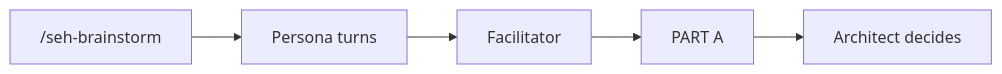
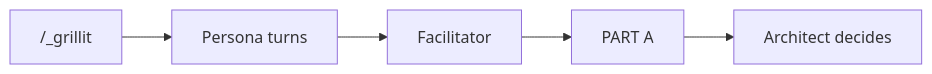
One commit to meehow-halas/se-harness changed the third of 3 diagrams in README.md. Above: the diagram before and after it, drawn with Mermaid. The commit also changed other lines of this file, not shown here.

Commit message:
Update README for skill prefix and renamed skills

````diff
--- a/README.md
+++ b/README.md
@@ -229,7 +248,7 @@
 ```mermaid
 flowchart LR
-  skill["/seh-brainstorm"] --> personas[Persona turns]
+  skill["/_grillit"] --> personas[Persona turns]
   personas --> facilitator[Facilitator]
   facilitator --> partA[PART A]
   partA --> architect[Architect decides]
 ```
````
